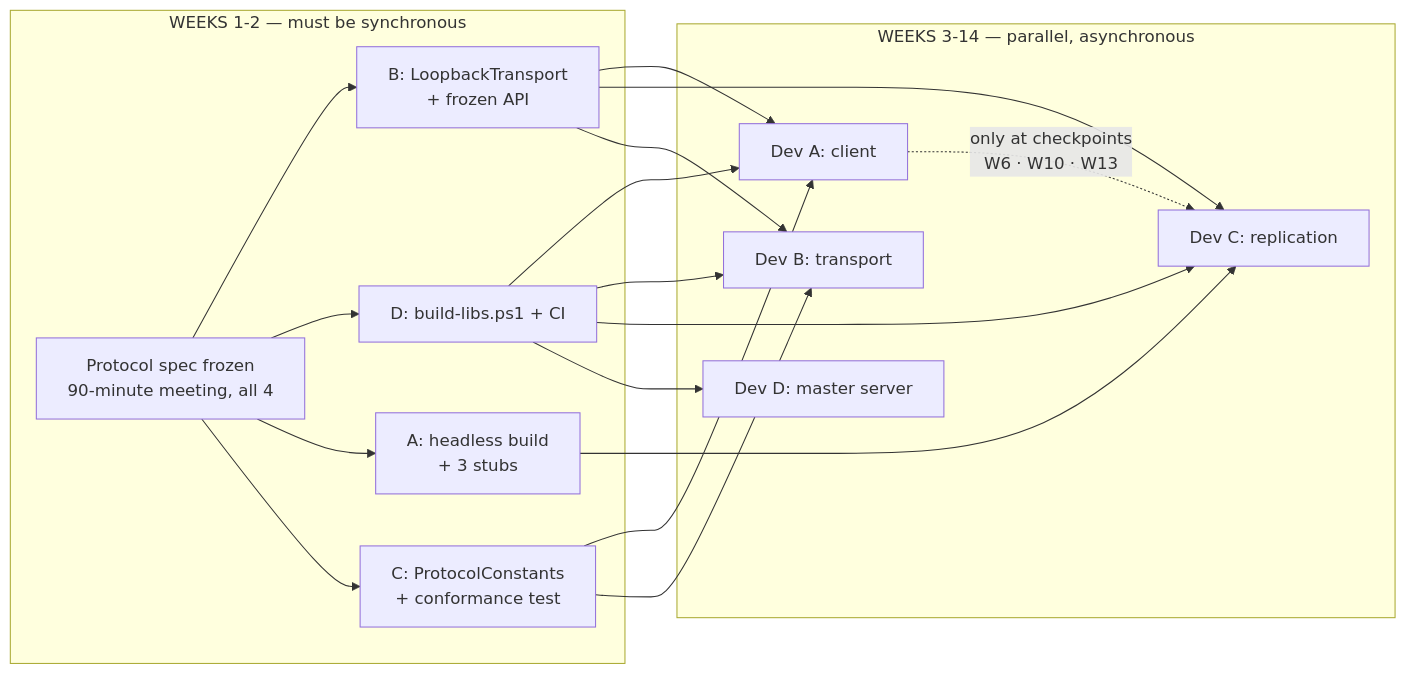
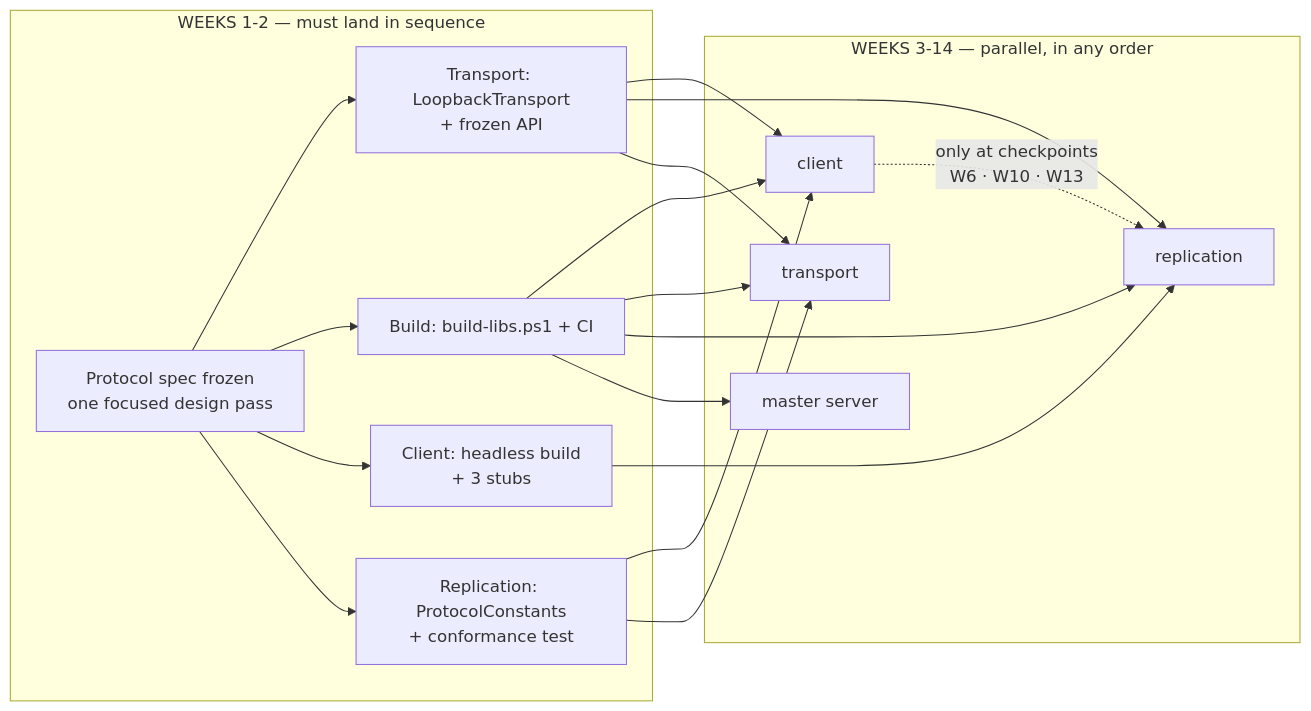
One commit to Nghaiz/LTM changed the diagram in plans/00-shared/dependency-map.md. Above: the diagram before and after it, drawn with Mermaid. The commit also changed other lines of this file and 673 other files, not shown here.

````diff
--- a/plans/00-shared/dependency-map.md
+++ b/plans/00-shared/dependency-map.md
@@ -12,24 +13,24 @@
 ```mermaid
 flowchart LR
-    subgraph W12["WEEKS 1-2 — must be synchronous"]
-        P["Protocol spec frozen<br/>90-minute meeting, all 4"]
-        BS["B: LoopbackTransport<br/>+ frozen API"]
-        DS["D: build-libs.ps1 + CI"]
-        AS["A: headless build<br/>+ 3 stubs"]
-        CS["C: ProtocolConstants<br/>+ conformance test"]
+    subgraph W12["WEEKS 1-2 — must land in sequence"]
+        P["Protocol spec frozen<br/>one focused design pass"]
+        BS["Transport: LoopbackTransport<br/>+ frozen API"]
+        DS["Build: build-libs.ps1 + CI"]
+        AS["Client: headless build<br/>+ 3 stubs"]
+        CS["Replication: ProtocolConstants<br/>+ conformance test"]
     end
-    subgraph W314["WEEKS 3-14 — parallel, asynchronous"]
-        A2["Dev A: client"]
-        B2["Dev B: transport"]
-        C2["Dev C: replication"]
-        D2["Dev D: master server"]
+    subgraph W314["WEEKS 3-14 — parallel, in any order"]
+        A2["client"]
+        B2["transport"]
+        C2["replication"]
+        D2["master server"]
     end
     P --> BS & DS & AS & CS
     BS --> A2 & C2
     DS --> A2 & B2 & C2
     AS --> C2
     CS --> A2 & B2
     BS --> B2
     DS --> D2
     A2 -.->|"only at checkpoints<br/>W6 · W10 · W13"| C2
 ```
````
